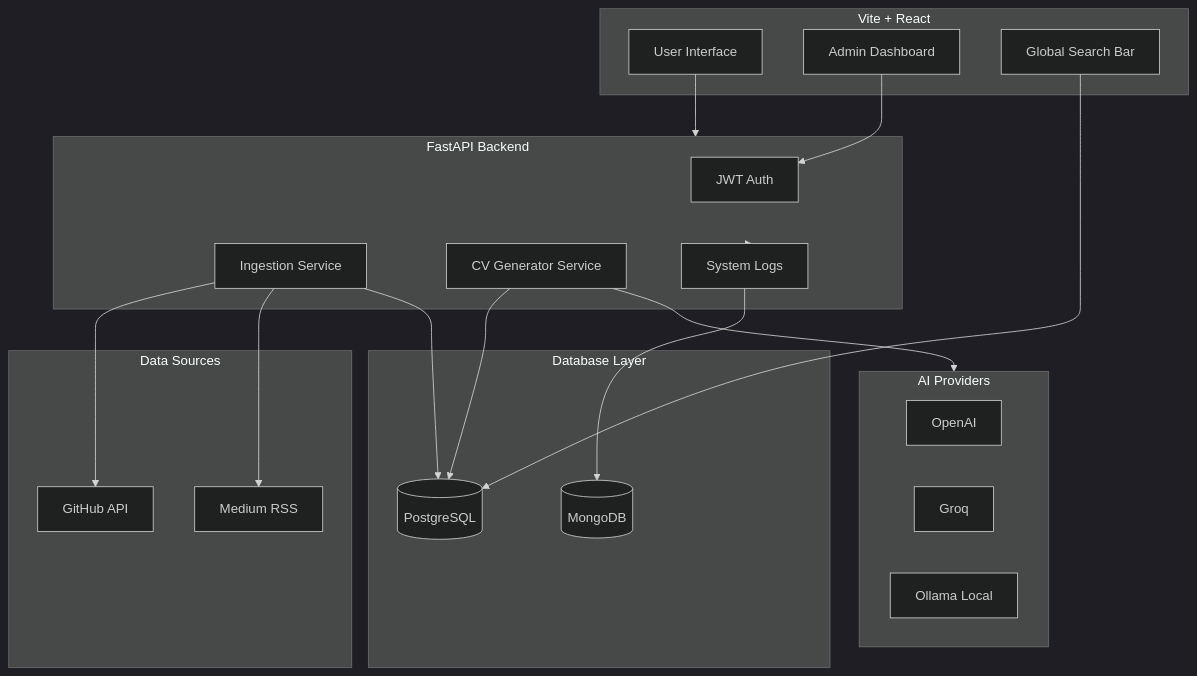
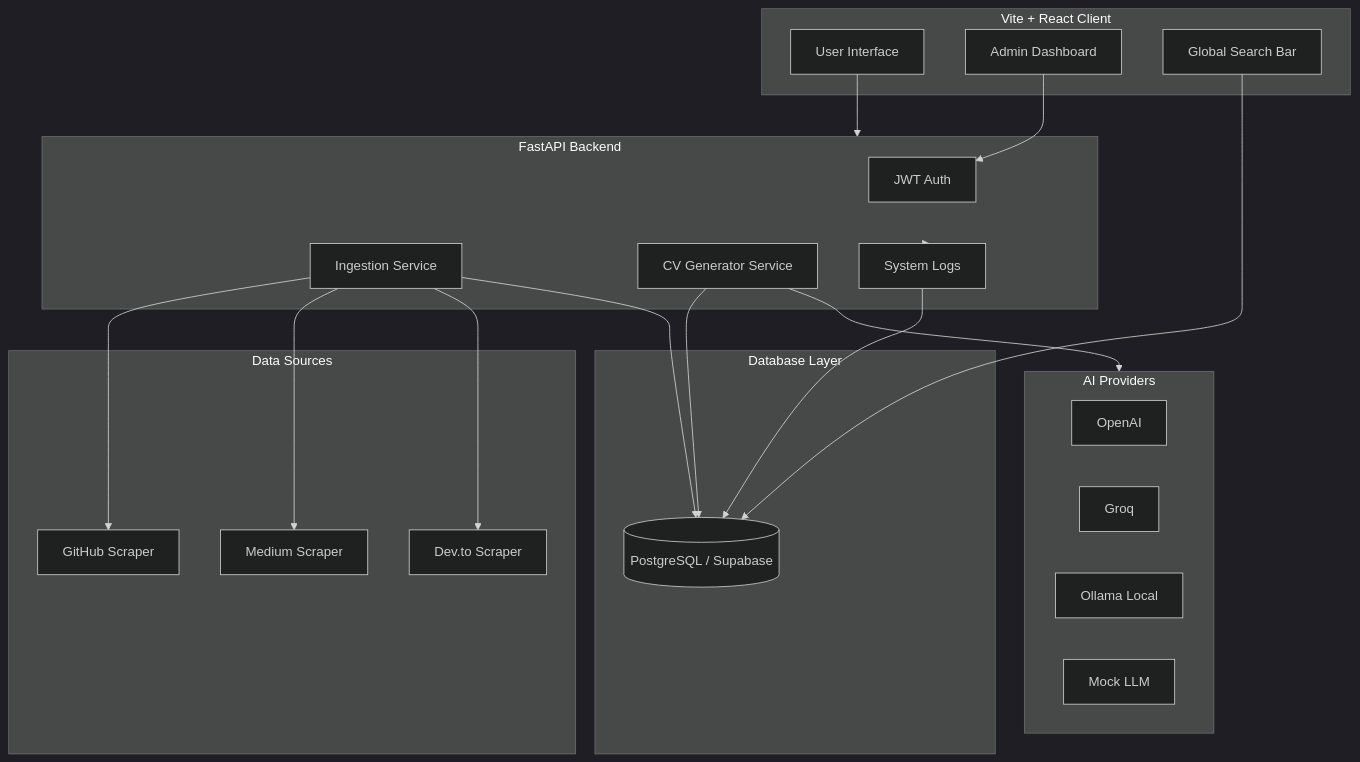
Before and after one commit to AtaCanYmc/ResuMesh: the diagram in README.md, drawn with Mermaid (dark theme). The commit also changed other lines of this file and 3 other files, not shown here.

````diff
--- a/README.md
+++ b/README.md
@@ -34,45 +34,47 @@
 ```mermaid
 graph TD
-    subgraph Frontend [Vite + React]
+    subgraph Frontend [Vite + React Client]
         UI[User Interface]
         Admin[Admin Dashboard]
         Search[Global Search Bar]
     end
 
     subgraph API [FastAPI Backend]
         Auth[JWT Auth]
         Ingest[Ingestion Service]
         AI[CV Generator Service]
         Logs[System Logs]
     end
 
     subgraph LLM [AI Providers]
         OpenAI[OpenAI]
         Groq[Groq]
         Ollama[Ollama Local]
+        Mock[Mock LLM]
     end
 
     subgraph Data [Data Sources]
-        GH[GitHub API]
-        Med[Medium RSS]
+        GH[GitHub Scraper]
+        Med[Medium Scraper]
+        DevTo[Dev.to Scraper]
     end
 
     subgraph DB [Database Layer]
-        PG[(PostgreSQL)]
-        Mongo[(MongoDB)]
+        PG[(PostgreSQL / Supabase)]
     end
 
     UI --> API
     Admin --> Auth
     Search --> PG
 
     Ingest --> GH
     Ingest --> Med
+    Ingest --> DevTo
     Ingest --> PG
 
     AI --> LLM
     AI --> PG
 
     API --> Logs
-    Logs --> Mongo
+    Logs --> PG
 ```
````
